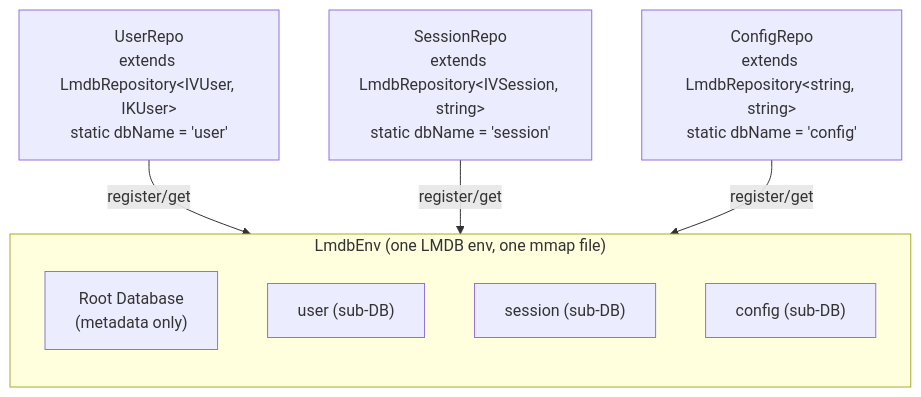
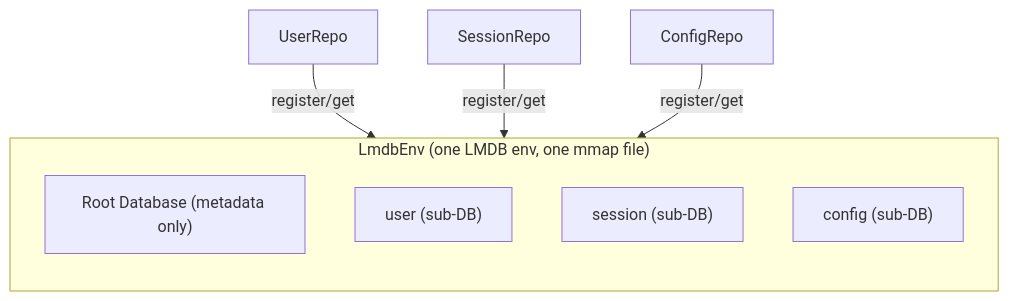
The diagram in packages/lmdb/README.md (gramstax/gramstax), drawn with Mermaid before and after one commit. The commit also changed other lines of this file and 25 other files, not shown here.

````diff
--- a/packages/lmdb/README.md
+++ b/packages/lmdb/README.md
@@ -114,18 +102,14 @@
 ```mermaid
 flowchart TB
     subgraph Env["LmdbEnv (one LMDB env, one mmap file)"]
         direction TB
-        Root["Root Database<br/>(metadata only)"]
+        Root["Root Database (metadata only)"]
         Users["user (sub-DB)"]
         Sessions["session (sub-DB)"]
         Config["config (sub-DB)"]
     end
 
-    UserRepo["UserRepo<br/>extends LmdbRepository&lt;IVUser, IKUser&gt;<br/>static dbName = 'user'"]
-    SessionRepo["SessionRepo<br/>extends LmdbRepository&lt;IVSession, string&gt;<br/>static dbName = 'session'"]
-    ConfigRepo["ConfigRepo<br/>extends LmdbRepository&lt;string, string&gt;<br/>static dbName = 'config'"]
-
     UserRepo -->|register/get| Users
     SessionRepo -->|register/get| Sessions
     ConfigRepo -->|register/get| Config
 ```
````
